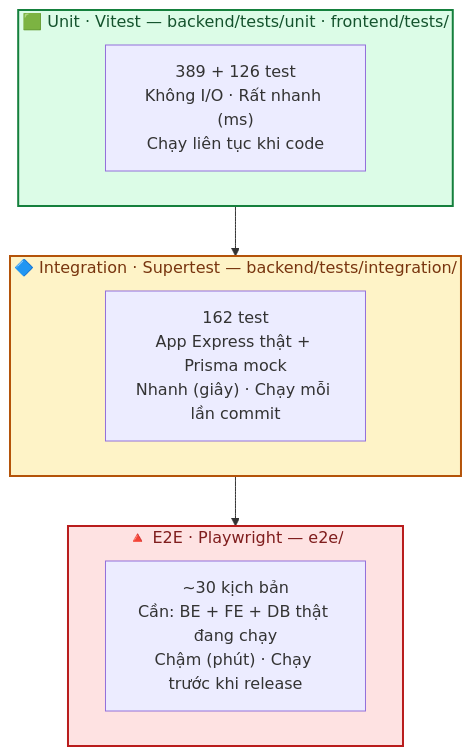
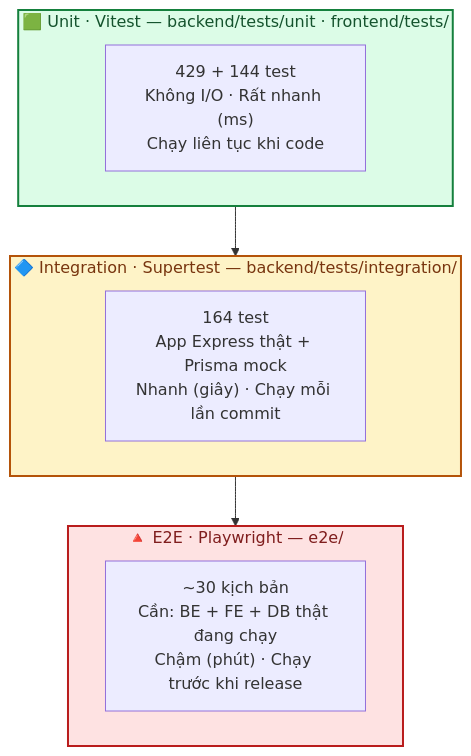
Before and after one commit to Hungvu0712/FLOWER: the first of 3 diagrams in docs/08-kiem-thu.md, drawn with Mermaid. The commit also changed other lines of this file and 10 other files, not shown here.

````diff
--- a/docs/08-kiem-thu.md
+++ b/docs/08-kiem-thu.md
@@ -12,18 +12,18 @@
 ```mermaid
 flowchart TD
     subgraph E2E["🔺 E2E · Playwright — e2e/"]
         E["~30 kịch bản<br/>Cần: BE + FE + DB thật đang chạy<br/>Chậm (phút) · Chạy trước khi release"]
     end
     subgraph INT["🔷 Integration · Supertest — backend/tests/integration/"]
-        I["162 test<br/>App Express thật + Prisma mock<br/>Nhanh (giây) · Chạy mỗi lần commit"]
+        I["164 test<br/>App Express thật + Prisma mock<br/>Nhanh (giây) · Chạy mỗi lần commit"]
     end
     subgraph UNIT["🟩 Unit · Vitest — backend/tests/unit · frontend/tests/"]
-        U["389 + 126 test<br/>Không I/O · Rất nhanh (ms)<br/>Chạy liên tục khi code"]
+        U["429 + 144 test<br/>Không I/O · Rất nhanh (ms)<br/>Chạy liên tục khi code"]
     end
 
     UNIT --> INT --> E2E
 
     style E2E fill:#fee2e2,stroke:#b91c1c,stroke-width:2px,color:#7f1d1d
     style INT fill:#fef3c7,stroke:#b45309,stroke-width:2px,color:#78350f
     style UNIT fill:#dcfce7,stroke:#15803d,stroke-width:2px,color:#14532d
 ```
````
